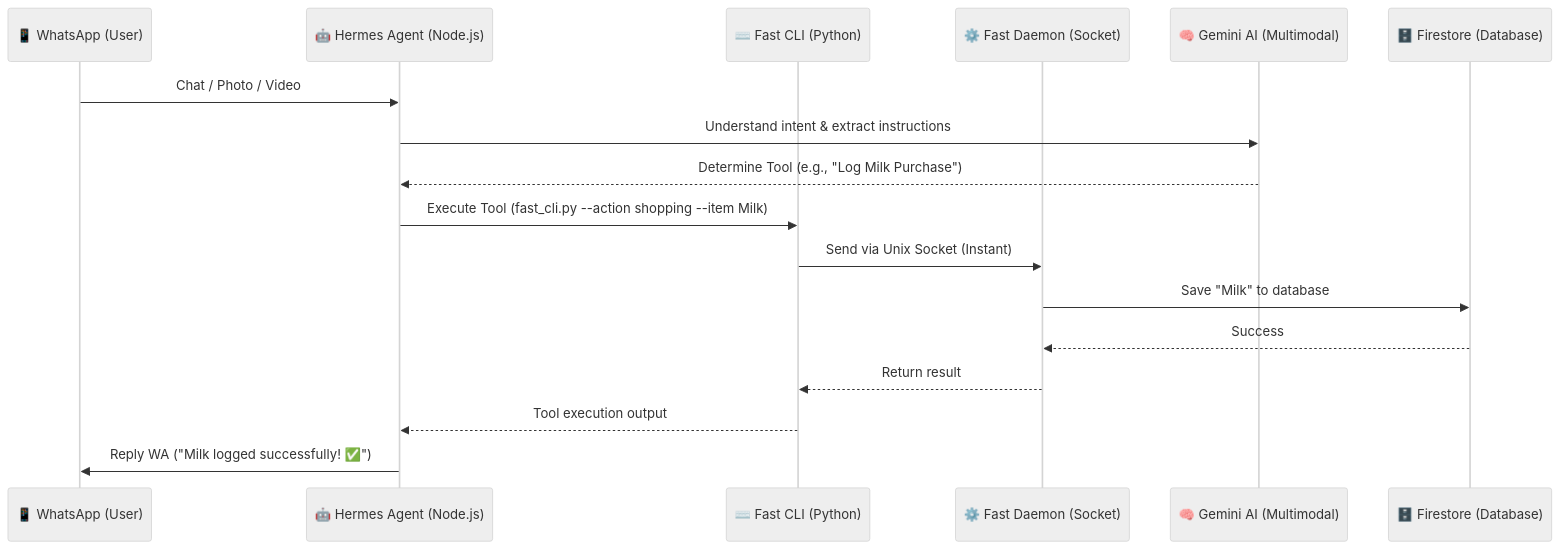
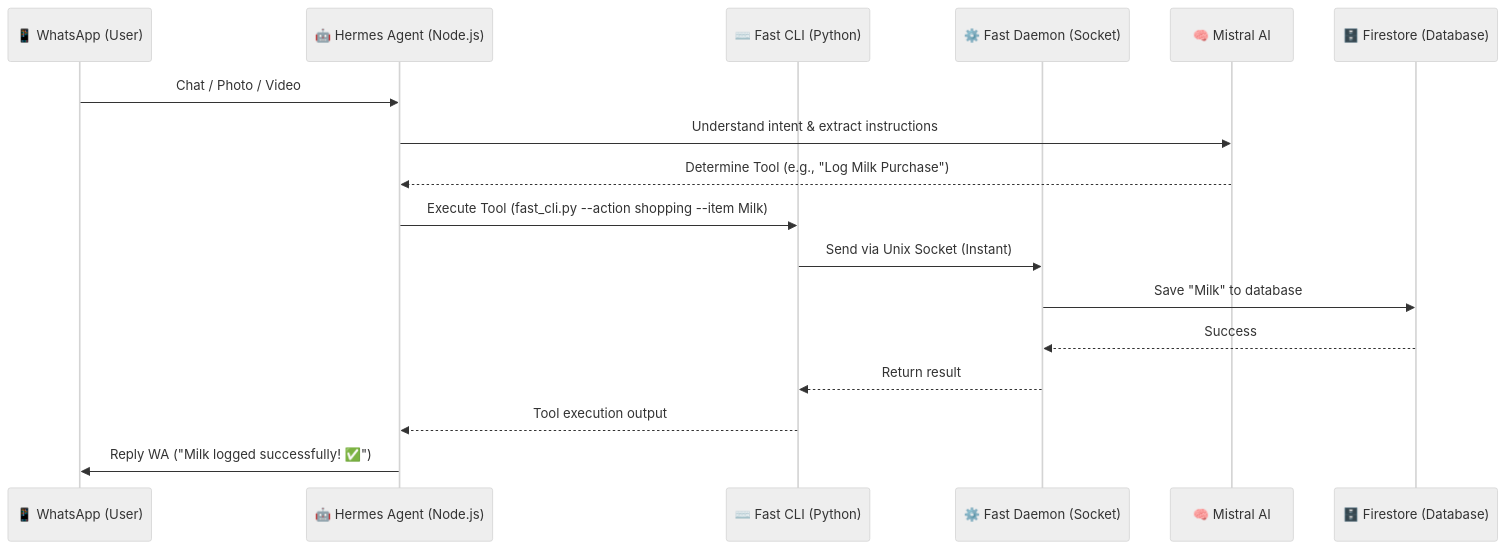
Before and after one commit to cantikapf/home-agent-template: the diagram in README-en.md, drawn with Mermaid (neutral theme). The commit also changed other lines of this file and 3 other files, not shown here.

Commit message:
docs: restore missing architecture diagram in README

````diff
--- a/README-en.md
+++ b/README-en.md
@@ -23,20 +23,20 @@
 ```mermaid
 sequenceDiagram
     participant User as 📱 WhatsApp (User)
     participant Hermes as 🤖 Hermes Agent (Node.js)
     participant CLI as ⌨️ Fast CLI (Python)
     participant Daemon as ⚙️ Fast Daemon (Socket)
-    participant Gemini as 🧠 Gemini AI (Multimodal)
+    participant Mistral as 🧠 Mistral AI
     participant Firebase as 🗄️ Firestore (Database)
 
     User->>Hermes: Chat / Photo / Video
-    Hermes->>Gemini: Understand intent & extract instructions
-    Gemini-->>Hermes: Determine Tool (e.g., "Log Milk Purchase")
+    Hermes->>Mistral: Understand intent & extract instructions
+    Mistral-->>Hermes: Determine Tool (e.g., "Log Milk Purchase")
     Hermes->>CLI: Execute Tool (fast_cli.py --action shopping --item Milk)
     CLI->>Daemon: Send via Unix Socket (Instant)
     Daemon->>Firebase: Save "Milk" to database
     Firebase-->>Daemon: Success
     Daemon-->>CLI: Return result
     CLI-->>Hermes: Tool execution output
     Hermes->>User: Reply WA ("Milk logged successfully! ✅")
 ```
````
